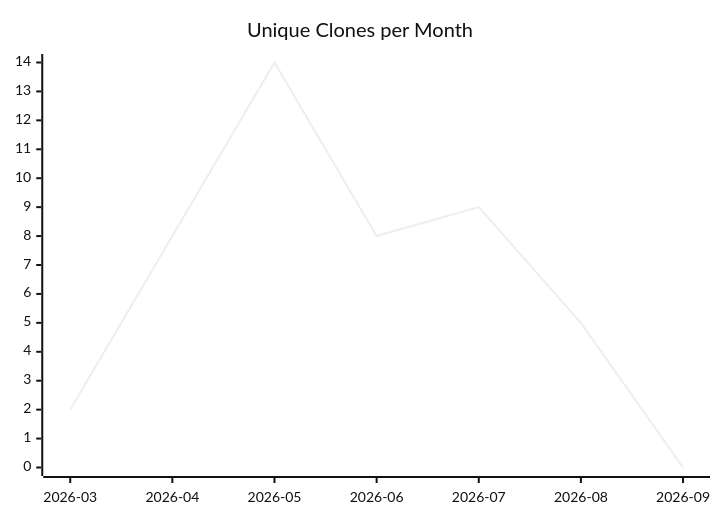
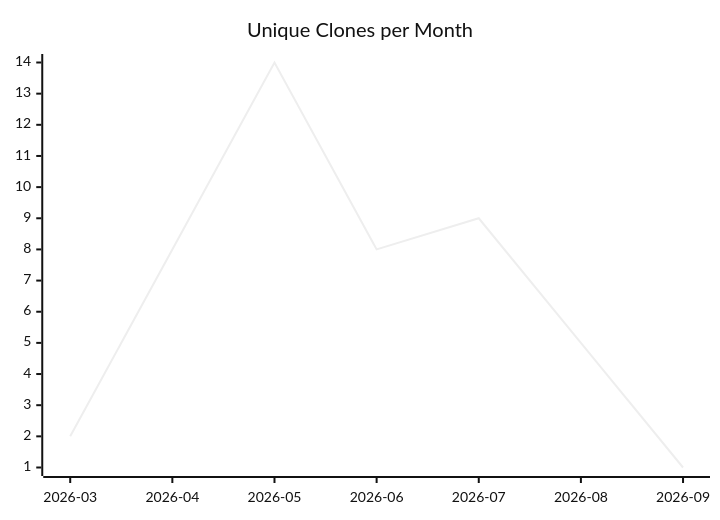
Before and after one commit to justdavis-family/github-analytics-data: the third of 3 diagrams in karlmdavis/kobjects/README.md, drawn with Mermaid (neutral theme). The commit also changed other lines of this file and 191 other files, not shown here.

````diff
--- a/karlmdavis/kobjects/README.md
+++ b/karlmdavis/kobjects/README.md
@@ -19,6 +19,6 @@
 ```mermaid
 xychart-beta
   title "Unique Clones per Month"
   x-axis ["2026-03", "2026-04", "2026-05", "2026-06", "2026-07", "2026-08", "2026-09"]
-  line [2, 8, 14, 8, 9, 5, 0]
+  line [2, 8, 14, 8, 9, 5, 1]
 ```
````
